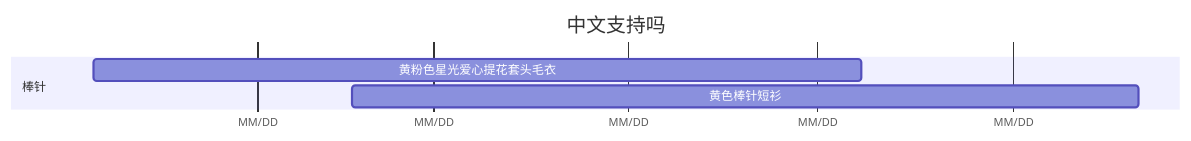
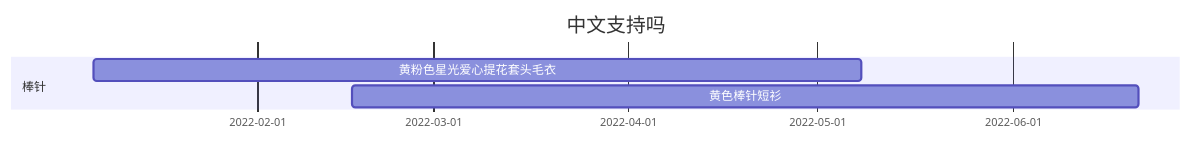
One commit to JiYouMCC/JiYouMCC.github.io changed the diagram in _drafts/2022-1.md. Above: the diagram before and after it, drawn with Mermaid.

````diff
--- a/_drafts/2022-1.md
+++ b/_drafts/2022-1.md
@@ -1,9 +1,8 @@
 ```mermaid
 gantt
 title 中文支持吗
 dateFormat MM/DD
-axisFormat MM/DD
 section 棒针
     黄粉色星光爱心提花套头毛衣   :2022-01-06, 122d
     黄色棒针短衫                :2022-02-16, 125d
 ```
````
